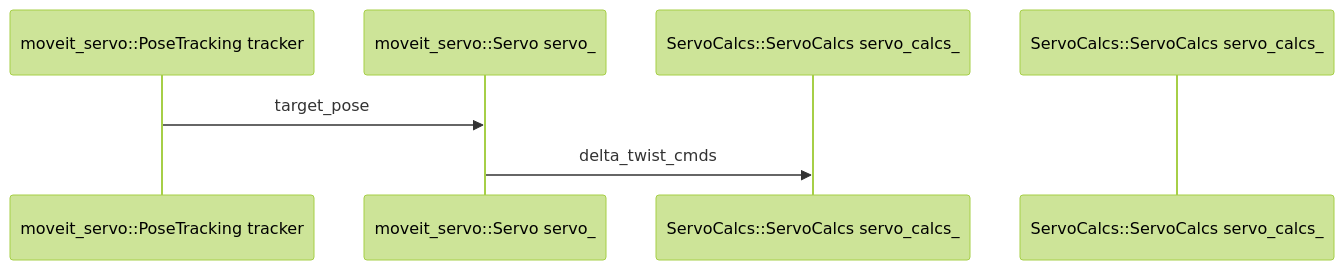
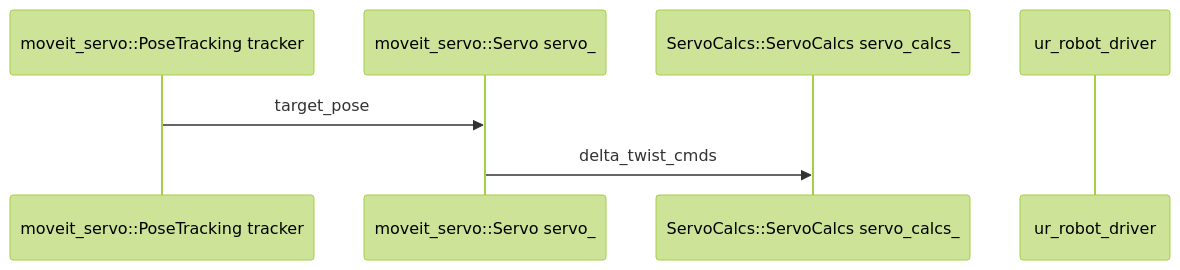
One commit to kemjensak/isaac_sim_tutorial changed the first of 2 diagrams in docs/day3-4.md. Above: the diagram before and after it, drawn with Mermaid (forest theme). The commit also changed other lines of this file, not shown here.

Commit message:
docs/day3-4.md updated from https://stackedit.io/

````diff
--- a/docs/day3-4.md
+++ b/docs/day3-4.md
@@ -121,9 +121,9 @@
 ```mermaid 
 sequenceDiagram 
 	 participant A as moveit_servo::PoseTracking tracker
 	 participant B as moveit_servo::Servo servo_ 
 	 participant C as ServoCalcs::ServoCalcs servo_calcs_  
-	 participant D as ServoCalcs::ServoCalcs servo_calcs_  
+	 participant D as ur_robot_driver 
 	 A->>B: target_pose
 	 B->>C: delta_twist_cmds
 ```
````
